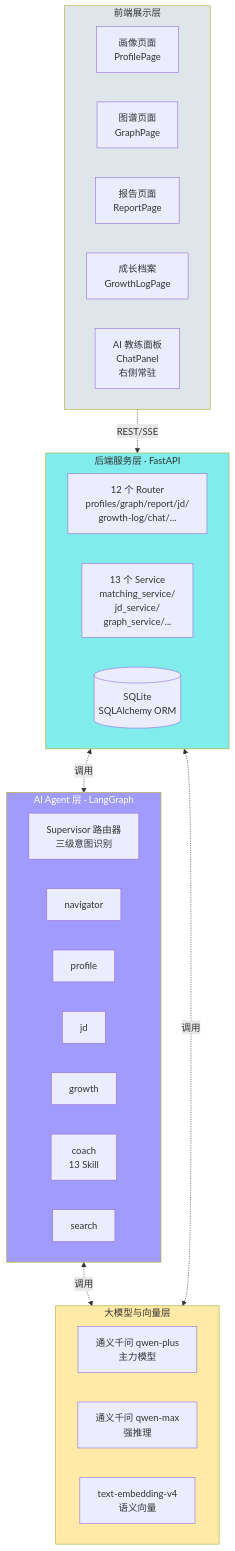
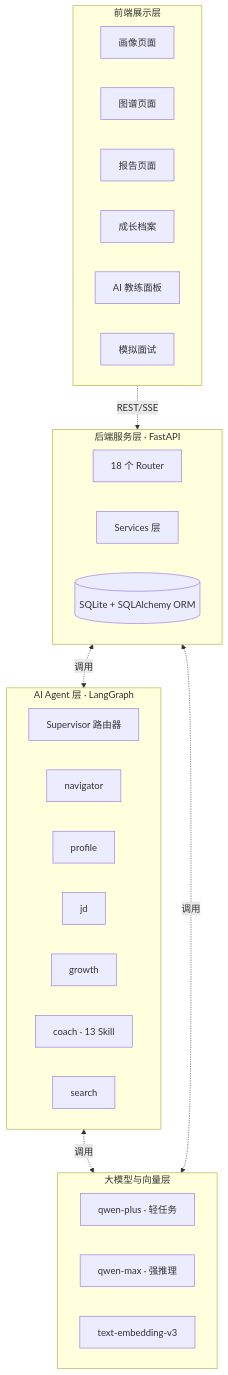
Before and after one commit to 1797127235/CareerPlanningAgent: the third of 4 diagrams in docs/项目详细方案.md, drawn with Mermaid. The commit also changed other lines of this file and 65 other files, not shown here.

````diff
--- a/docs/项目详细方案.md
+++ b/docs/项目详细方案.md
@@ -212,42 +289,38 @@
 ```mermaid
 graph TB
   subgraph Client[前端展示层]
-    UI1[画像页面<br/>ProfilePage]
-    UI2[图谱页面<br/>GraphPage]
-    UI3[报告页面<br/>ReportPage]
-    UI4[成长档案<br/>GrowthLogPage]
-    UI5[AI 教练面板<br/>ChatPanel<br/>右侧常驻]
+    UI1[画像页面]
+    UI2[图谱页面]
+    UI3[报告页面]
+    UI4[成长档案]
+    UI5[AI 教练面板]
+    UI6[模拟面试]
   end
 
   subgraph Backend[后端服务层 · FastAPI]
-    R[12 个 Router<br/>profiles/graph/report/jd/<br/>growth-log/chat/...]
-    S[13 个 Service<br/>matching_service/<br/>jd_service/<br/>graph_service/...]
-    DB[(SQLite<br/>SQLAlchemy ORM)]
+    R[18 个 Router]
+    S[Services 层]
+    DB[(SQLite + SQLAlchemy ORM)]
   end
 
   subgraph Agent[AI Agent 层 · LangGraph]
-    SUP[Supervisor 路由器<br/>三级意图识别]
+    SUP[Supervisor 路由器]
     A1[navigator]
     A2[profile]
     A3[jd]
     A4[growth]
-    A5[coach<br/>13 Skill]
+    A5[coach · 13 Skill]
     A6[search]
   end
 
   subgraph LLM[大模型与向量层]
-    M1[通义千问 qwen-plus<br/>主力模型]
-    M2[通义千问 qwen-max<br/>强推理]
-    V[text-embedding-v4<br/>语义向量]
+    M1[qwen-plus · 轻任务]
+    M2[qwen-max · 强推理]
+    V[text-embedding-v3]
   end
 
   Client -.REST/SSE.-> Backend
   Backend <-.调用.-> Agent
   Agent <-.调用.-> LLM
   Backend <-.调用.-> LLM
-
-  style Client fill:#dfe6e9
-  style Backend fill:#81ecec
-  style Agent fill:#a29bfe,color:#fff
-  style LLM fill:#ffeaa7
 ```
````
